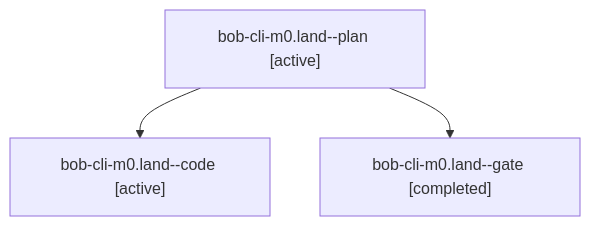
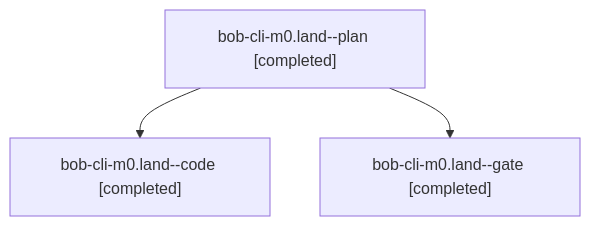
Before and after one commit to bobs-org/bob-cli--agents: the diagram in sessions/bbugyi200.apollo.bob-cli-m0.land.md, drawn with Mermaid. The commit also changed other lines of this file and 24 other files, not shown here.

````diff
--- a/sessions/bbugyi200.apollo.bob-cli-m0.land.md
+++ b/sessions/bbugyi200.apollo.bob-cli-m0.land.md
@@ -9,8 +9,8 @@
 ```mermaid
 flowchart TD
-  n0["bob-cli-m0.land--plan [active]"]
-  n1["bob-cli-m0.land--code [active]"]
+  n0["bob-cli-m0.land--plan [completed]"]
+  n1["bob-cli-m0.land--code [completed]"]
   n0 --> n1
   n2["bob-cli-m0.land--gate [completed]"]
   n0 --> n2
 ```
````
